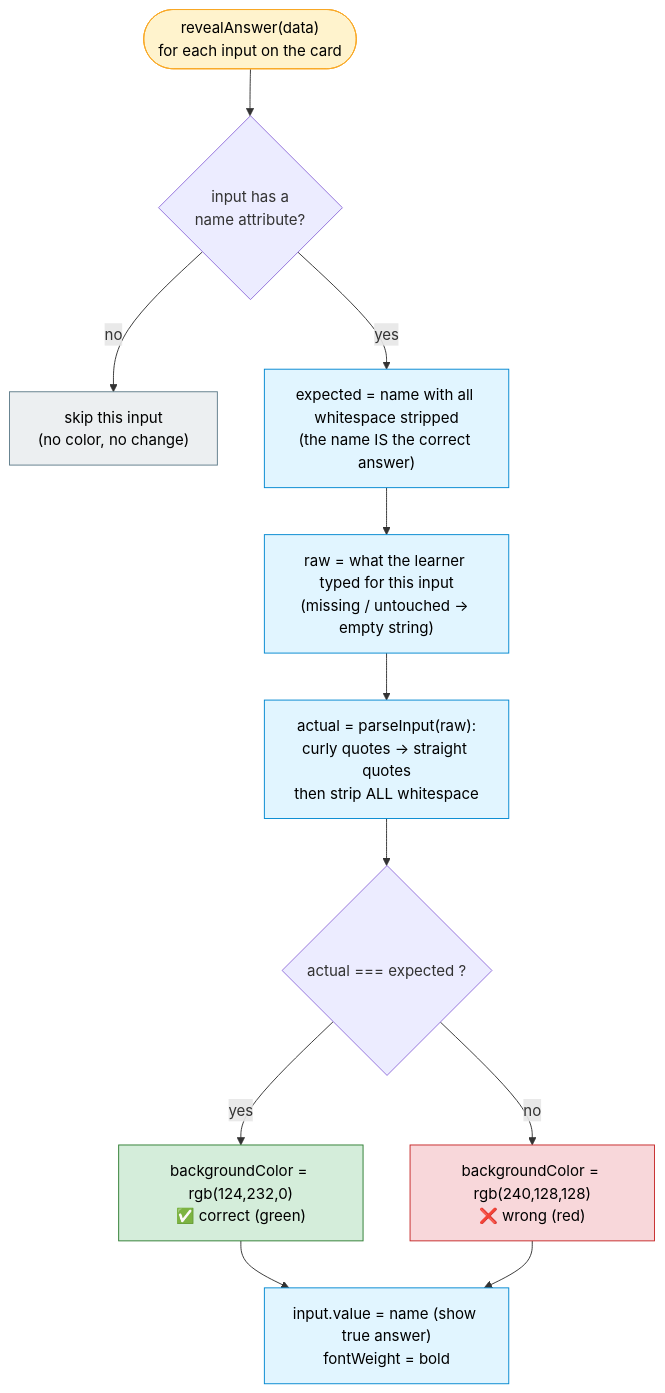
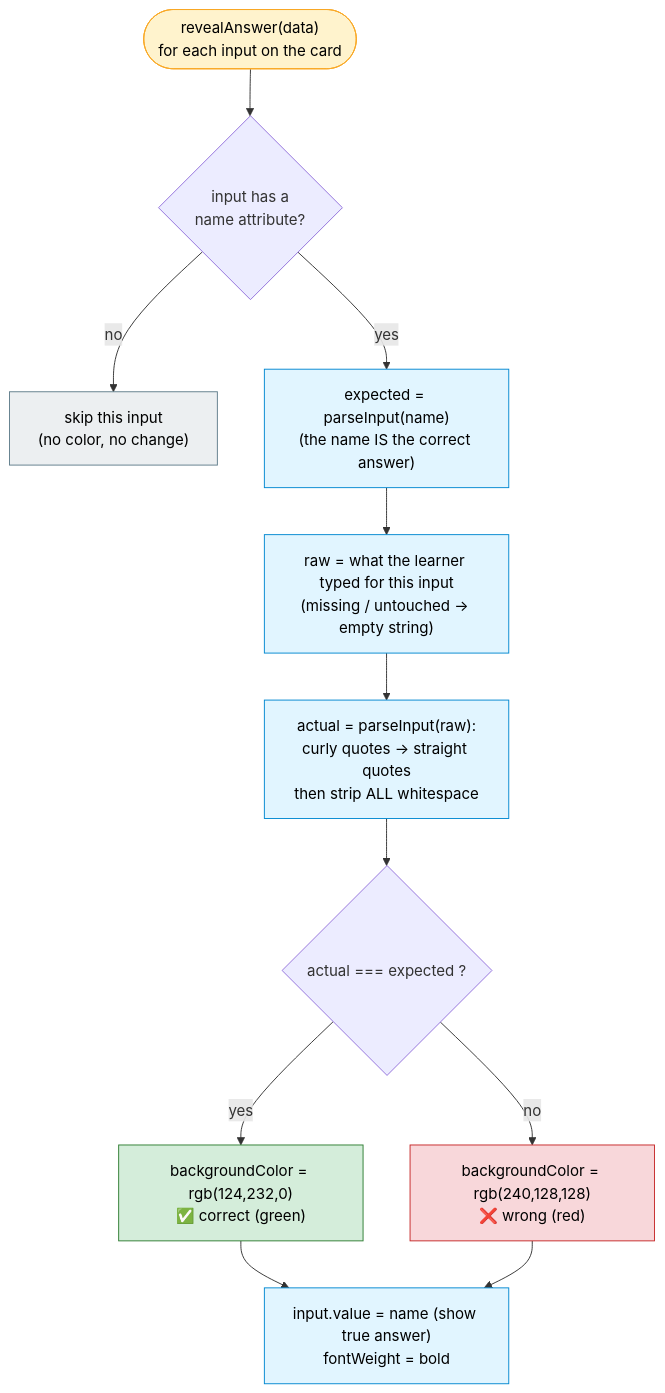
The diagram in documentation/architecture-diagrams/05-answer-validation.md (muhsinali/anki_templates), drawn with Mermaid before and after one commit. The commit also changed other lines of this file and 16 other files, not shown here.

````diff
--- a/documentation/architecture-diagrams/05-answer-validation.md
+++ b/documentation/architecture-diagrams/05-answer-validation.md
@@ -8,25 +8,25 @@
 ```mermaid
 flowchart TB
     START(["revealAnswer(data)<br/>for each input on the card"]) --> HASNAME{"input has a<br/>name attribute?"}
     HASNAME -->|no| SKIP["skip this input<br/>(no color, no change)"]
-    HASNAME -->|yes| EXPECTED["expected = name with all whitespace stripped<br/>(the name IS the correct answer)"]
+    HASNAME -->|yes| EXPECTED["expected = parseInput(name)<br/>(the name IS the correct answer)"]
     EXPECTED --> ACTUAL["raw = what the learner typed for this input<br/>(missing / untouched → empty string)"]
     ACTUAL --> NORM["actual = parseInput(raw):<br/>curly quotes → straight quotes<br/>then strip ALL whitespace"]
     NORM --> CMP{"actual === expected ?"}
     CMP -->|yes| GREEN["backgroundColor = rgb(124,232,0)<br/>✅ correct (green)"]
     CMP -->|no| RED["backgroundColor = rgb(240,128,128)<br/>❌ wrong (red)"]
     GREEN --> SET["input.value = name (show true answer)<br/>fontWeight = bold"]
     RED --> SET
 
     classDef entry fill:#fff3cd,stroke:#f9a825,color:#000;
     classDef proc fill:#e1f5ff,stroke:#0288d1,color:#000;
     classDef good fill:#d4edda,stroke:#2e7d32,color:#000;
     classDef bad fill:#f8d7da,stroke:#c62828,color:#000;
     classDef skip fill:#eceff1,stroke:#607d8b,color:#000;
 
     class START entry;
     class EXPECTED,ACTUAL,NORM,SET proc;
     class GREEN good;
     class RED bad;
     class SKIP skip;
 ```
````
